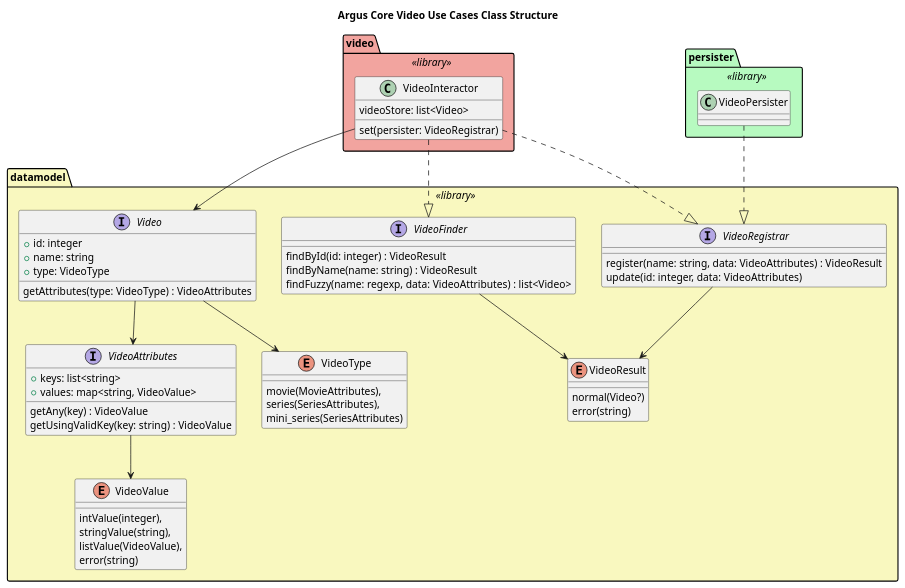
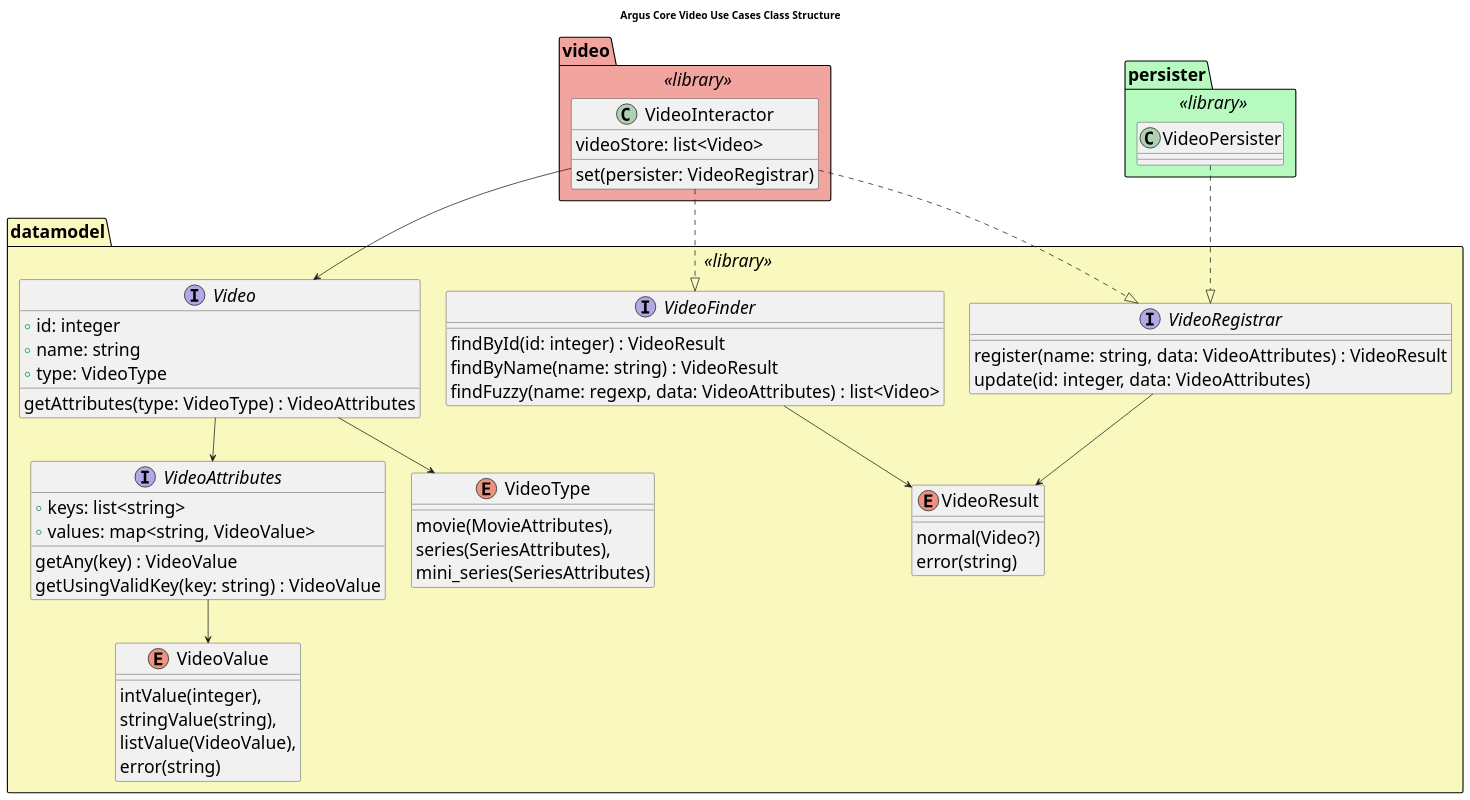
The second of 2 diagrams in notes.org (pajato/ArgusDesign), drawn with PlantUML before and after one commit. The commit also changed 1 other file, not shown here.

Commit message:
Try a 24 point font.

```diff
--- a/notes.org
+++ b/notes.org
@@ -71,77 +71,77 @@
 #+begin_src plantuml :file videoUseCasesClassStructure.png
 title Argus Core Video Use Cases Class Structure
 
 package datamodel <<library>> #F9F8BF {
 
   enum VideoType {
     movie(MovieAttributes),
     series(SeriesAttributes),
     mini_series(SeriesAttributes)
   }
 
   enum VideoValue {
     intValue(integer),
     stringValue(string),
     listValue(VideoValue),
     error(string)
   }
 
   enum VideoResult {
     normal(Video?)
     error(string)
   }
 
   interface VideoAttributes {
     + keys: list<string>
     + values: map<string, VideoValue>
     getAny(key) : VideoValue
     getUsingValidKey(key: string) : VideoValue
   }
 
   interface VideoFinder {
     findById(id: integer) : VideoResult
     findByName(name: string) : VideoResult
     findFuzzy(name: regexp, data: VideoAttributes) : list<Video>
   }
 
   interface VideoRegistrar {
     register(name: string, data: VideoAttributes) : VideoResult
     update(id: integer, data: VideoAttributes)
   }
 
   interface Video {
     + id: integer
     + name: string
     + type: VideoType
     getAttributes(type: VideoType) : VideoAttributes
   }
 
   VideoAttributes --> VideoValue
   Video --> VideoType
   Video --> VideoAttributes
   VideoFinder --> VideoResult
   VideoRegistrar --> VideoResult
 
 }
 
 package video <<library>> #F2A49F {
 
   class VideoInteractor {
     videoStore: list<Video>
     set(persister: VideoRegistrar)
   }
 
 }
 
 package persister <<library>> #B7FAC0 {
   class VideoPersister
 }
 
 VideoPersister ..|> VideoRegistrar
 VideoInteractor ..|> VideoRegistrar
 VideoInteractor ..|> VideoFinder
 VideoInteractor --> Video
 
-'skinparam defaultFontSize 18
+skinparam defaultFontSize 24
 
 #+end_src
```
